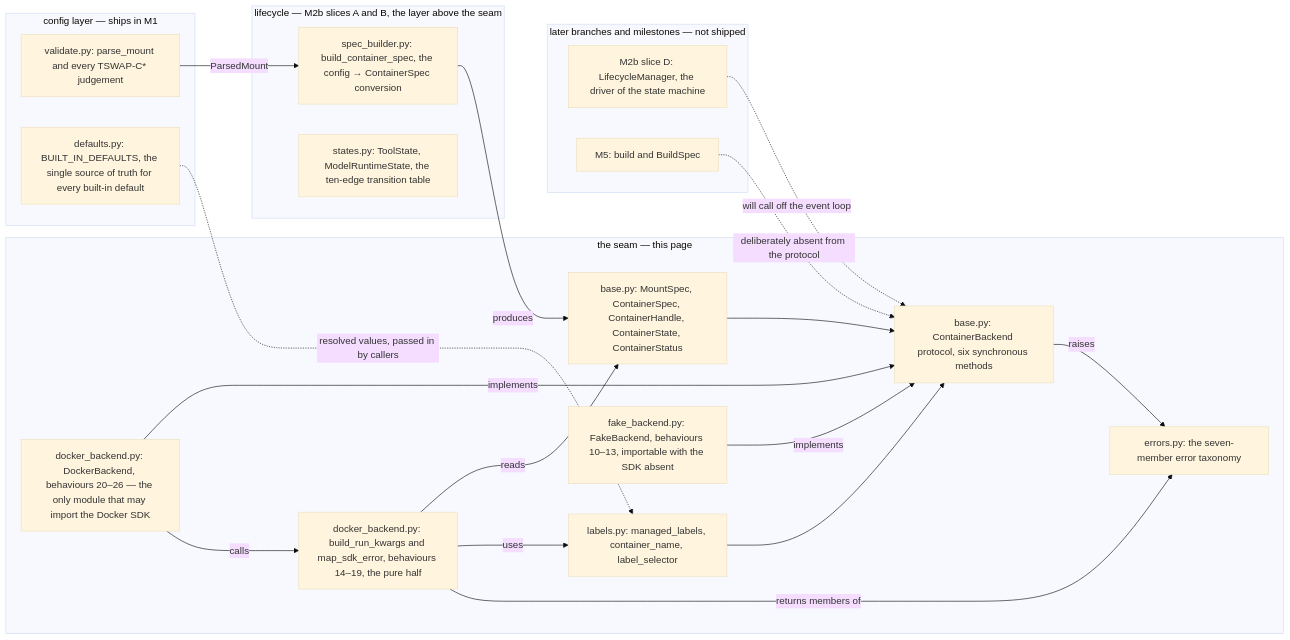
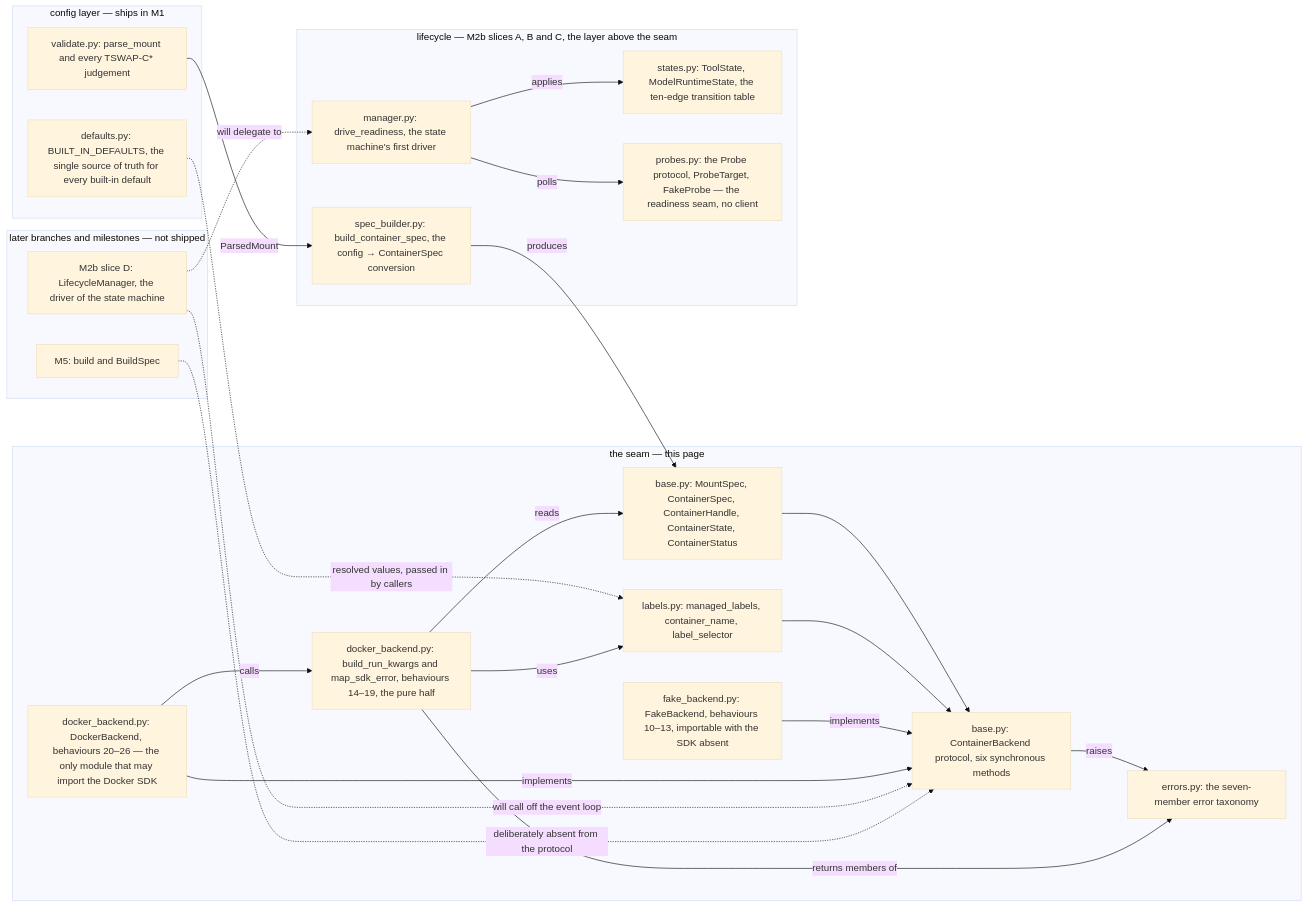
One commit to iar3-r8/tool-swap changed the diagram in docs/backend-seam.md. Above: the diagram before and after it, drawn with Mermaid (base theme). The commit also changed other lines of this file and 3 other files, not shown here.

````diff
--- a/docs/backend-seam.md
+++ b/docs/backend-seam.md
@@ -46,38 +46,43 @@
 ```mermaid
 flowchart LR
     subgraph cfg[config layer — ships in M1]
         VAL[validate.py: parse_mount and every TSWAP-C* judgement]
         DEF[defaults.py: BUILT_IN_DEFAULTS, the single source of truth for every built-in default]
     end
     subgraph seam[the seam — this page]
         TYPES[base.py: MountSpec, ContainerSpec, ContainerHandle, ContainerState, ContainerStatus]
         HELPER[labels.py: managed_labels, container_name, label_selector]
         PROTO[base.py: ContainerBackend protocol, six synchronous methods]
         ERR[errors.py: the seven-member error taxonomy]
         FAKE[fake_backend.py: FakeBackend, behaviours 10–13, importable with the SDK absent]
         DOCK[docker_backend.py: DockerBackend, behaviours 20–26 — the only module that may import the Docker SDK]
         DOCKT[docker_backend.py: build_run_kwargs and map_sdk_error, behaviours 14–19, the pure half]
     end
-    subgraph lifc[lifecycle — M2b slices A and B, the layer above the seam]
+    subgraph lifc[lifecycle — M2b slices A, B and C, the layer above the seam]
         SPEC[spec_builder.py: build_container_spec, the config → ContainerSpec conversion]
         STATES[states.py: ToolState, ModelRuntimeState, the ten-edge transition table]
+        PROBE[probes.py: the Probe protocol, ProbeTarget, FakeProbe — the readiness seam, no client]
+        MANAGE[manager.py: drive_readiness, the state machine's first driver]
     end
     subgraph future[later branches and milestones — not shipped]
         LIFE[M2b slice D: LifecycleManager, the driver of the state machine]
         BLD[M5: build and BuildSpec]
     end
     VAL -->|ParsedMount| SPEC
     SPEC -->|produces| TYPES
     DEF -. "resolved values, passed in by callers" .-> HELPER
     TYPES --> PROTO
     HELPER --> PROTO
     PROTO -->|raises| ERR
     FAKE -->|implements| PROTO
     DOCK -->|implements| PROTO
     DOCK -->|calls| DOCKT
     DOCKT -->|reads| TYPES
     DOCKT -->|uses| HELPER
     DOCKT -->|returns members of| ERR
+    MANAGE -->|applies| STATES
+    MANAGE -->|polls| PROBE
+    LIFE -.->|will delegate to| MANAGE
     LIFE -.->|will call off the event loop| PROTO
     BLD -.->|deliberately absent from the protocol| PROTO
 ```
````
